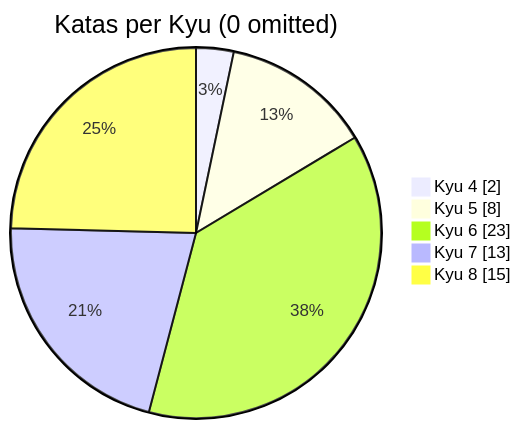
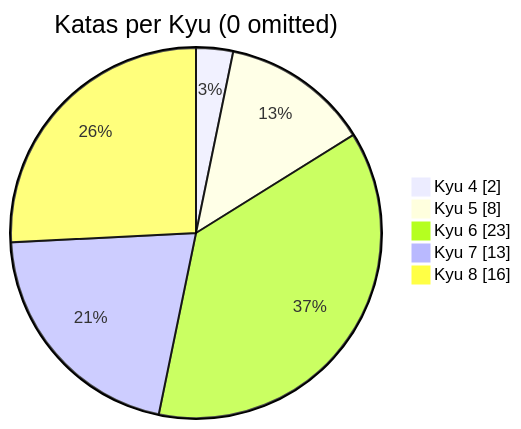
Before and after one commit to MauricioLudwig/codewars-typescript: the diagram in README.md, drawn with Mermaid. The commit also changed other lines of this file, not shown here.

````diff
--- a/README.md
+++ b/README.md
@@ -20,9 +20,9 @@
 ```mermaid
 pie showData
     title Katas per Kyu (0 omitted)
 	"Kyu 4": 2
 	"Kyu 5": 8
 	"Kyu 6": 23
 	"Kyu 7": 13
-	"Kyu 8": 15
+	"Kyu 8": 16
 ```
````
